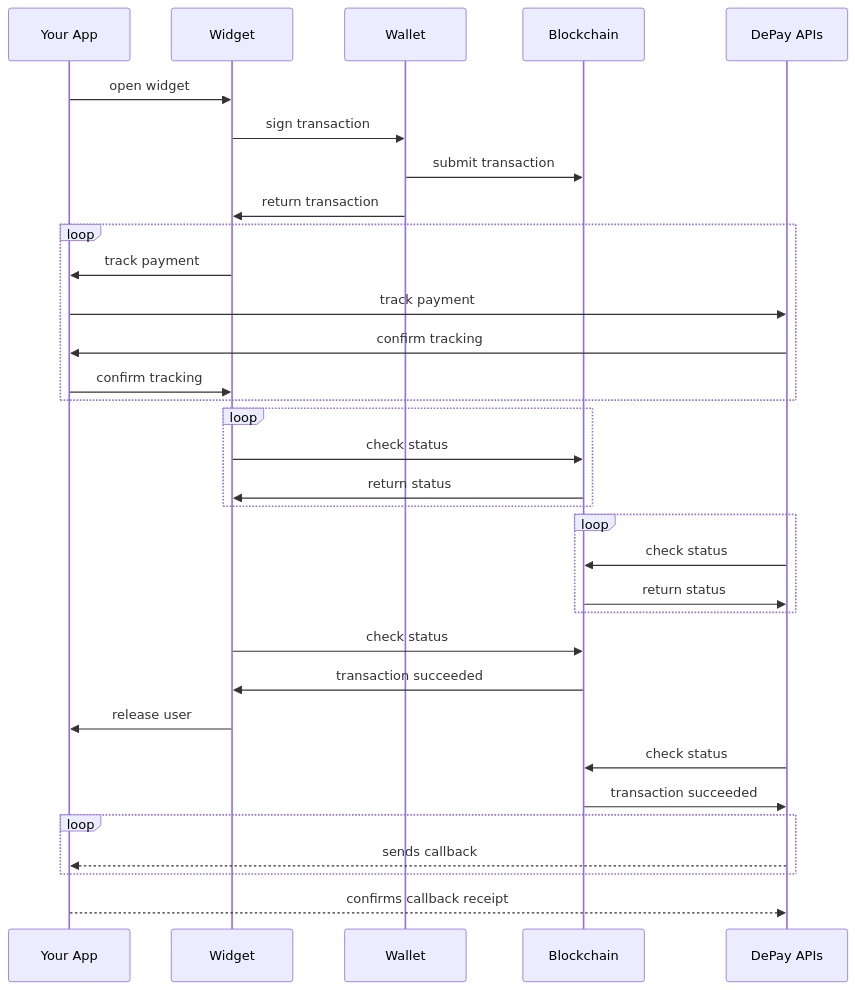
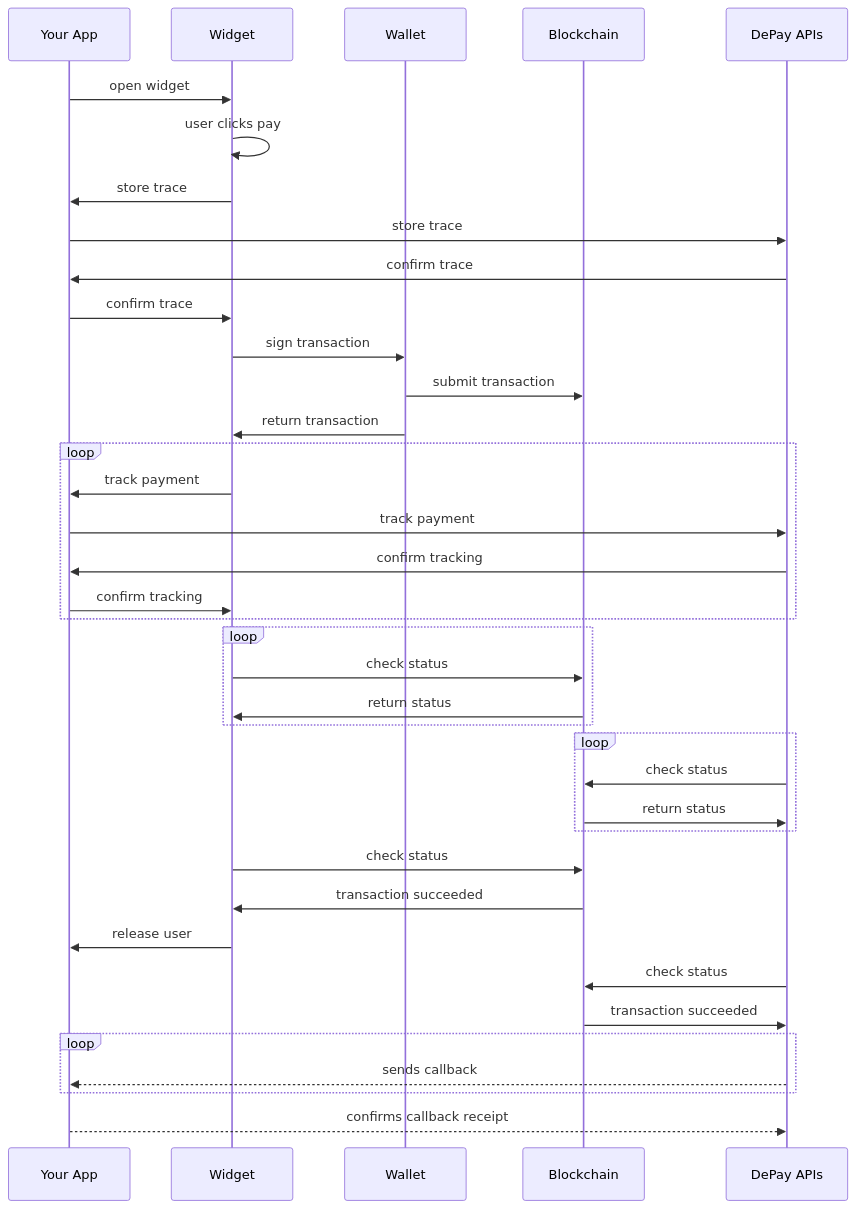
One commit to DePayFi/public-documentation changed the third of 5 diagrams in docs/payments/integrations/widget.md. Above: the diagram before and after it, drawn with Mermaid. The commit also changed other lines of this file and 1 other file, not shown here.

````diff
--- a/docs/payments/integrations/widget.md
+++ b/docs/payments/integrations/widget.md
@@ -210,35 +215,40 @@
 ```mermaid
 sequenceDiagram
   participant App as Your App
   participant Widget
   participant Wallet
   participant Blockchain
   participant DePay as DePay APIs
   App->>Widget: open widget
+  Widget->>Widget: user clicks pay
+  Widget->>App: store trace
+  App->>DePay: store trace
+  DePay->>App: confirm trace
+  App->>Widget: confirm trace
   Widget->>Wallet: sign transaction
   Wallet->>Blockchain: submit transaction
   Wallet->>Widget: return transaction
   loop
     Widget->>App: track payment
     App->>DePay: track payment
     DePay->>App: confirm tracking
     App->>Widget: confirm tracking
   end
   loop
     Widget->>Blockchain: check status
     Blockchain->>Widget: return status
   end
   loop
     DePay->>Blockchain: check status
     Blockchain->>DePay: return status
   end
   Widget->>Blockchain: check status
   Blockchain->>Widget: transaction succeeded
   Widget->>App: release user
   DePay->>Blockchain: check status
   Blockchain->>DePay: transaction succeeded
   loop
     DePay-->>App: sends callback
   end
   App-->>DePay: confirms callback receipt
 ```
````
